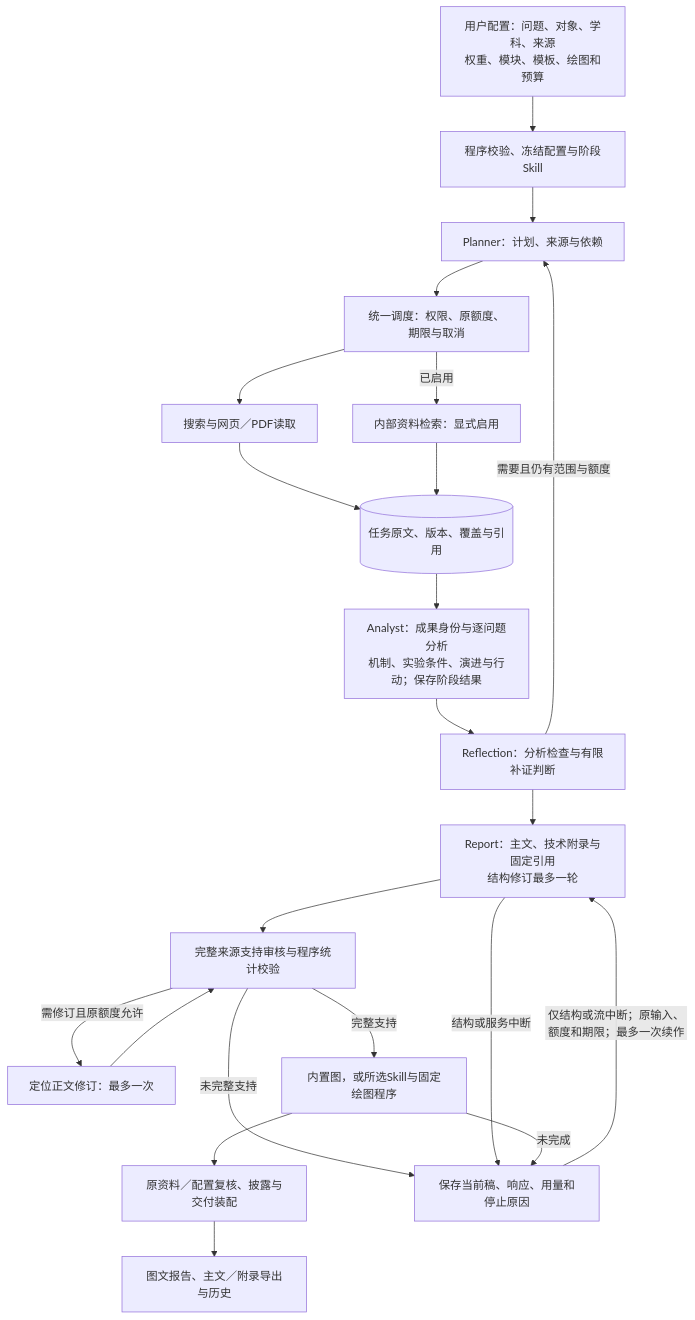
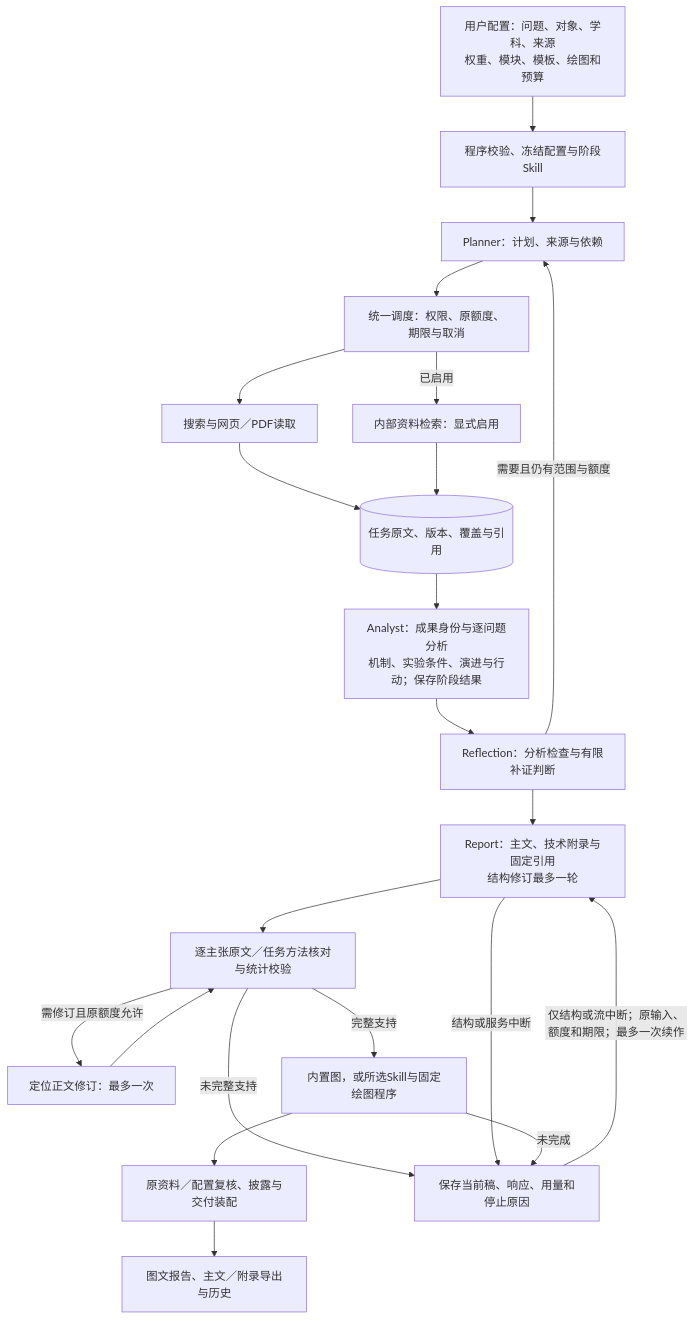
Before and after one commit to wblxr408/Agentic-Deep-Research-System: the diagram in README.md, drawn with Mermaid. The commit also changed other lines of this file and 3 other files, not shown here.

````diff
--- a/README.md
+++ b/README.md
@@ -34,30 +34,30 @@
 ```mermaid
 flowchart TB
     U["用户配置：问题、对象、学科、来源<br/>权重、模块、模板、绘图和预算"]
     C["程序校验、冻结配置与阶段Skill"]
     P["Planner：计划、来源与依赖"]
     D["统一调度：权限、原额度、期限与取消"]
     W["搜索与网页／PDF读取"]
     K["内部资料检索：显式启用"]
     E[("任务原文、版本、覆盖与引用")]
     A["Analyst：成果身份与逐问题分析<br/>机制、实验条件、演进与行动；保存阶段结果"]
     F["Reflection：分析检查与有限补证判断"]
     R["Report：主文、技术附录与固定引用<br/>结构修订最多一轮"]
-    Q["完整来源支持审核与程序统计校验"]
+    Q["逐主张原文／任务方法核对与统计校验"]
     V["定位正文修订：最多一次"]
     G["内置图，或所选Skill与固定绘图程序"]
     H["原资料／配置复核、披露与交付装配"]
     O["图文报告、主文／附录导出与历史"]
     S["保存当前稿、响应、用量和停止原因"]
     U --> C --> P --> D
     D --> W --> E
     D -->|已启用| K --> E
     E --> A --> F --> R --> Q
     F -->|需要且仍有范围与额度| P
     Q -->|需修订且原额度允许| V --> Q
     Q -->|完整支持| G --> H --> O
     Q -->|未完整支持| S
     R -->|结构或服务中断| S
     G -->|未完成| S
     S -->|仅结构或流中断；原输入、额度和期限；最多一次续作| R
 ```
````
